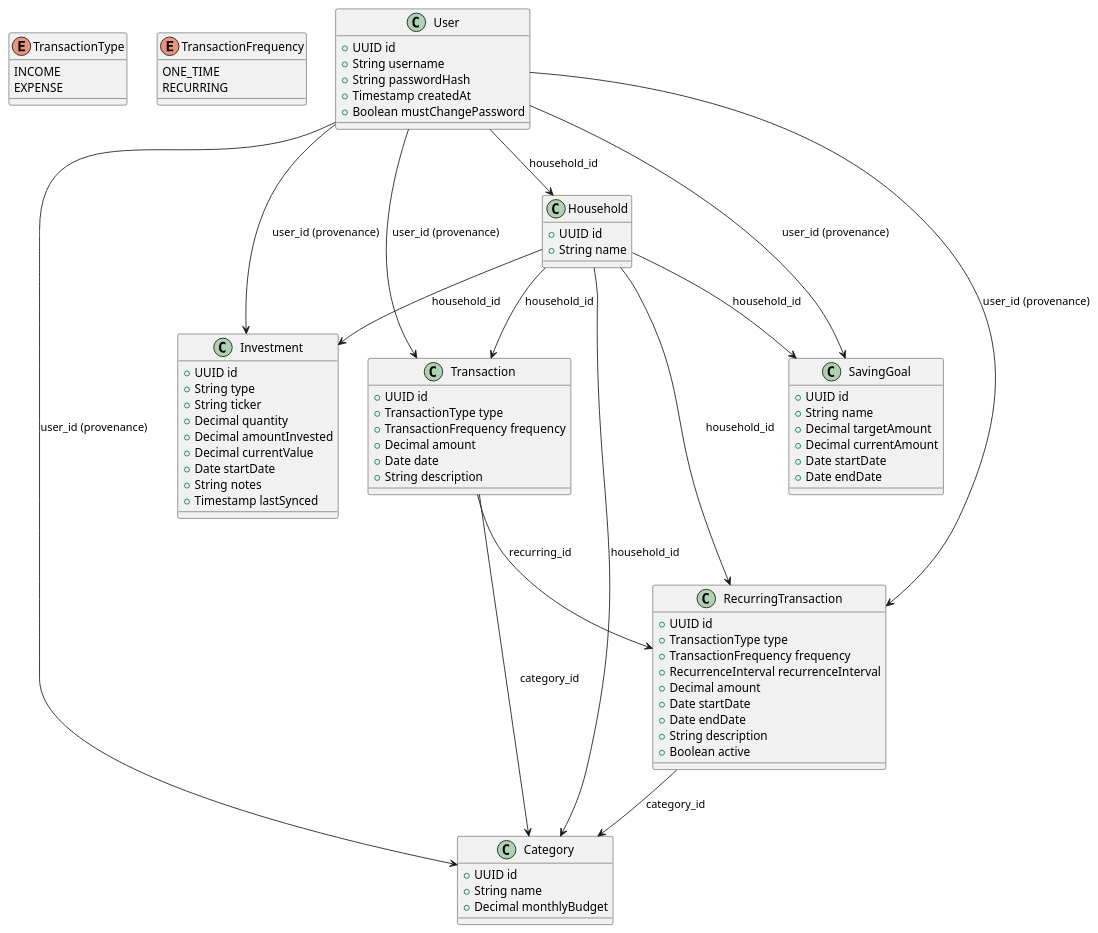
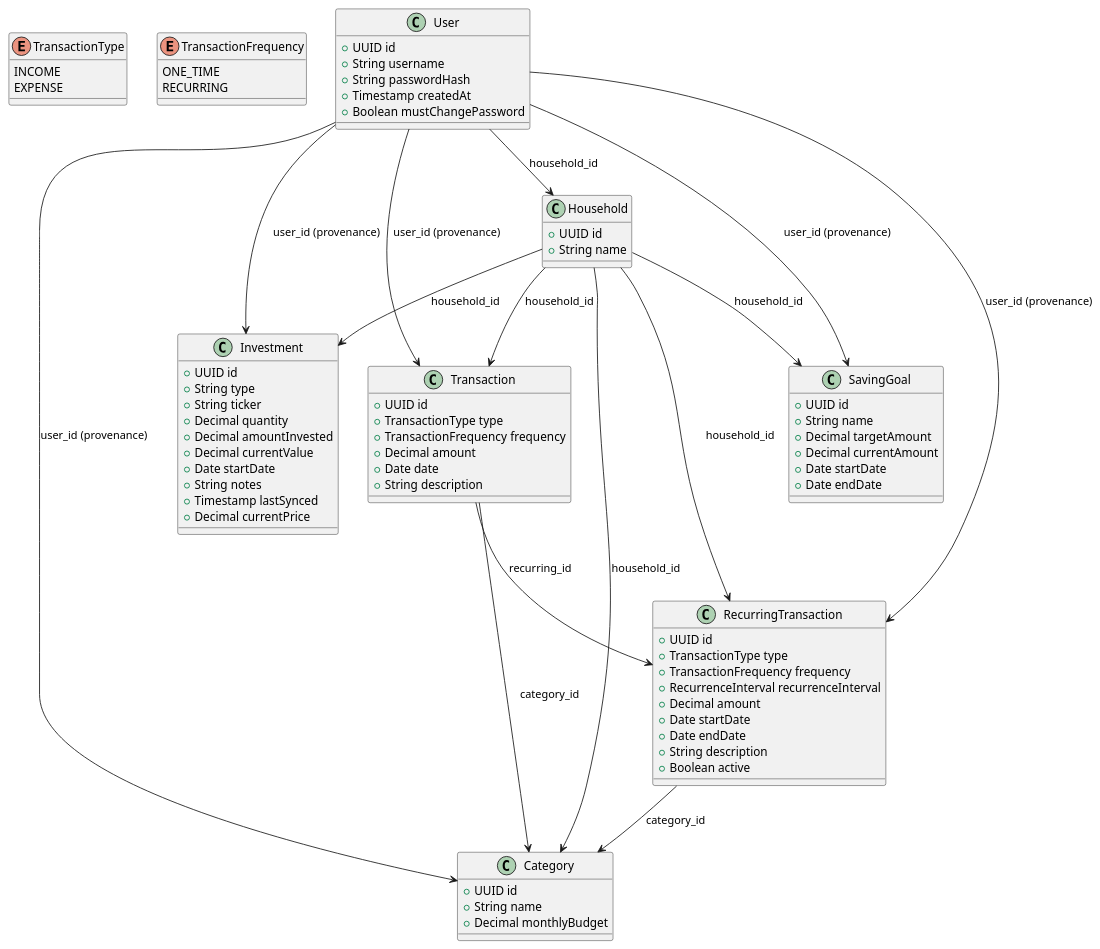
The diagram in docs/DomainModel/DomainModel.puml (1191830/myfinance), drawn with PlantUML before and after one commit. The commit also changed 15 other files, not shown here.

First line of the commit message:
Add average purchase price and live current price for investments

```diff
--- a/docs/DomainModel/DomainModel.puml
+++ b/docs/DomainModel/DomainModel.puml
@@ -1,98 +1,99 @@
 @startuml
 
 ' Define Enums
 enum TransactionType {
   INCOME
   EXPENSE
 }
 
 enum TransactionFrequency {
   ONE_TIME
   RECURRING
 }
 
 ' Define Classes
 class Household {
   +UUID id
   +String name
 }
 
 class User {
   +UUID id
   +String username
   +String passwordHash
   +Timestamp createdAt
   +Boolean mustChangePassword
 }
 
 class Transaction {
   +UUID id
   +TransactionType type
   +TransactionFrequency frequency
   +Decimal amount
   +Date date
   +String description
 }
 
 class RecurringTransaction {
   +UUID id
   +TransactionType type
   +TransactionFrequency frequency
   +RecurrenceInterval recurrenceInterval
   +Decimal amount
   +Date startDate
   +Date endDate
   +String description
   +Boolean active
 }
 
 class Category {
   +UUID id
   +String name
   +Decimal monthlyBudget
 }
 
 class Investment {
   +UUID id
   +String type
   +String ticker
   +Decimal quantity
   +Decimal amountInvested
   +Decimal currentValue
   +Date startDate
   +String notes
   +Timestamp lastSynced
+  +Decimal currentPrice
 }
 
 class SavingGoal {
   +UUID id
   +String name
   +Decimal targetAmount
   +Decimal currentAmount
   +Date startDate
   +Date endDate
 }
 
 ' Relationships
 Transaction --> RecurringTransaction : recurring_id
 Transaction --> Category : category_id
 RecurringTransaction --> Category : category_id
 
 ' Every user belongs to exactly one household; shared resources are scoped by household,
 ' not by the individual user - anyone in a household can see and edit anything in it.
 ' user_id stays on each row as provenance (who added it) but isn't the authorization key.
 User --> Household : household_id
 Household --> Transaction : household_id
 Household --> RecurringTransaction : household_id
 Household --> Category : household_id
 Household --> Investment : household_id
 Household --> SavingGoal : household_id
 
 ' Settings is the one exception - it stays personal to each user, not shared.
 User --> Transaction : user_id (provenance)
 User --> RecurringTransaction : user_id (provenance)
 User --> Category : user_id (provenance)
 User --> Investment : user_id (provenance)
 User --> SavingGoal : user_id (provenance)
 
 @enduml
```
